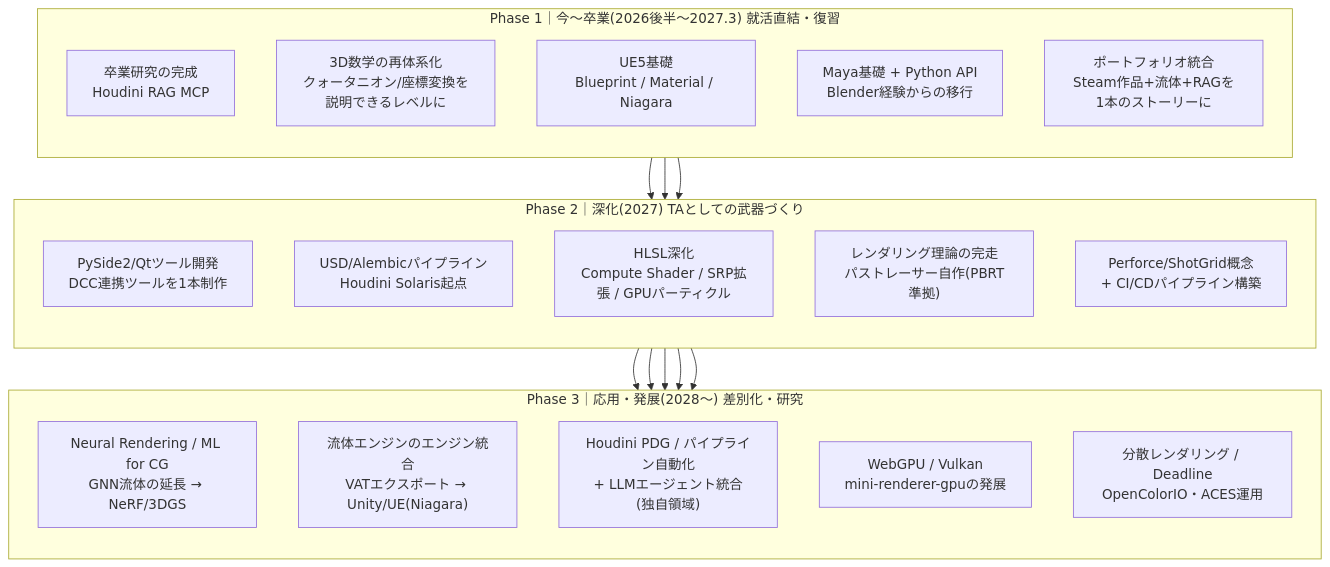
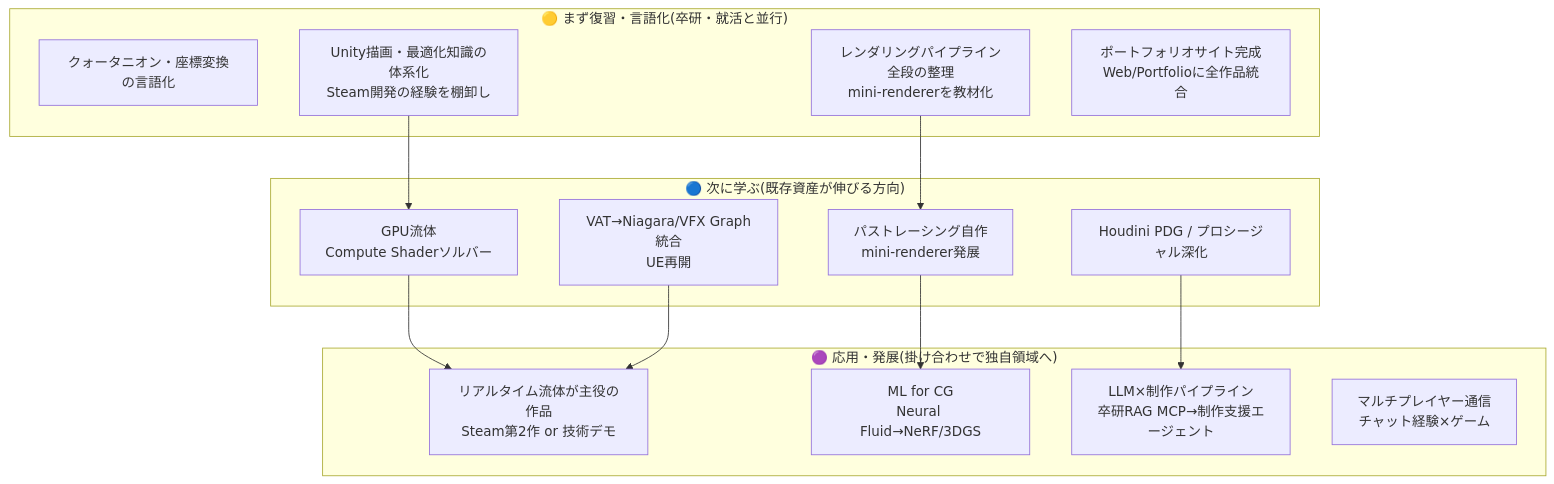
One commit to manato1201/manato1201 changed diagram 12 of 13 in README.md. Above: the diagram before and after it, drawn with Mermaid. The commit also changed other lines of this file, not shown here.

````diff
--- a/README.md
+++ b/README.md
@@ -158,38 +372,30 @@
 ```mermaid
 flowchart TB
-    subgraph P1["Phase 1｜今〜卒業(2026後半〜2027.3) 就活直結・復習"]
-        direction TB
-        A1["卒業研究の完成<br>Houdini RAG MCP"]
-        A2["3D数学の再体系化<br>クォータニオン/座標変換を説明できるレベルに"]
-        A3["UE5基礎<br>Blueprint / Material / Niagara"]
-        A4["Maya基礎 + Python API<br>Blender経験からの移行"]
-        A5["ポートフォリオ統合<br>Steam作品+流体+RAGを1本のストーリーに"]
+    subgraph NOW["🟡 まず復習・言語化(卒研・就活と並行)"]
+        Y1[クォータニオン・座標変換の言語化]
+        Y2[レンダリングパイプライン全段の整理<br>mini-rendererを教材化]
+        Y3[Unity描画・最適化知識の体系化<br>Steam開発の経験を棚卸し]
+        Y4[ポートフォリオサイト完成<br>Web/Portfolioに全作品統合]
     end
 
-    subgraph P2["Phase 2｜深化(2027) TAとしての武器づくり"]
-        direction TB
-        B1["PySide2/Qtツール開発<br>DCC連携ツールを1本制作"]
-        B2["USD/Alembicパイプライン<br>Houdini Solaris起点"]
-        B3["HLSL深化<br>Compute Shader / SRP拡張 / GPUパーティクル"]
-        B4["レンダリング理論の完走<br>パストレーサー自作(PBRT準拠)"]
-        B5["Perforce/ShotGrid概念<br>+ CI/CDパイプライン構築"]
+    subgraph NEXT["🔵 次に学ぶ(既存資産が伸びる方向)"]
+        B1[GPU流体<br>Compute Shaderソルバー]
+        B2[パストレーシング自作<br>mini-renderer発展]
+        B3[VAT→Niagara/VFX Graph統合<br>UE再開]
+        B4[Houdini PDG / プロシージャル深化]
     end
 
-    subgraph P3["Phase 3｜応用・発展(2028〜) 差別化・研究"]
-        direction TB
-        C1["Neural Rendering / ML for CG<br>GNN流体の延長 → NeRF/3DGS"]
-        C2["流体エンジンのエンジン統合<br>VATエクスポート → Unity/UE(Niagara)"]
-        C3["Houdini PDG / パイプライン自動化<br>+ LLMエージェント統合(独自領域)"]
-        C4["WebGPU / Vulkan<br>mini-renderer-gpuの発展"]
-        C5["分散レンダリング / Deadline<br>OpenColorIO・ACES運用"]
+    subgraph ADV["🟣 応用・発展(掛け合わせで独自領域へ)"]
+        P1[リアルタイム流体が主役の作品<br>Steam第2作 or 技術デモ]
+        P2[ML for CG<br>Neural Fluid→NeRF/3DGS]
+        P3[LLM×制作パイプライン<br>卒研RAG MCP→制作支援エージェント]
+        P4[マルチプレイヤー通信<br>チャット経験×ゲーム]
     end
 
-    A2 --> B4
-    A3 --> B3
-    A4 --> B1
-    B1 --> C3
-    B2 --> C3
-    B3 --> C2
-    B4 --> C1
-    B4 --> C4
+    Y2 --> B2
+    Y3 --> B1
+    B1 --> P1
+    B2 --> P2
+    B3 --> P1
+    B4 --> P3
 ```
````
